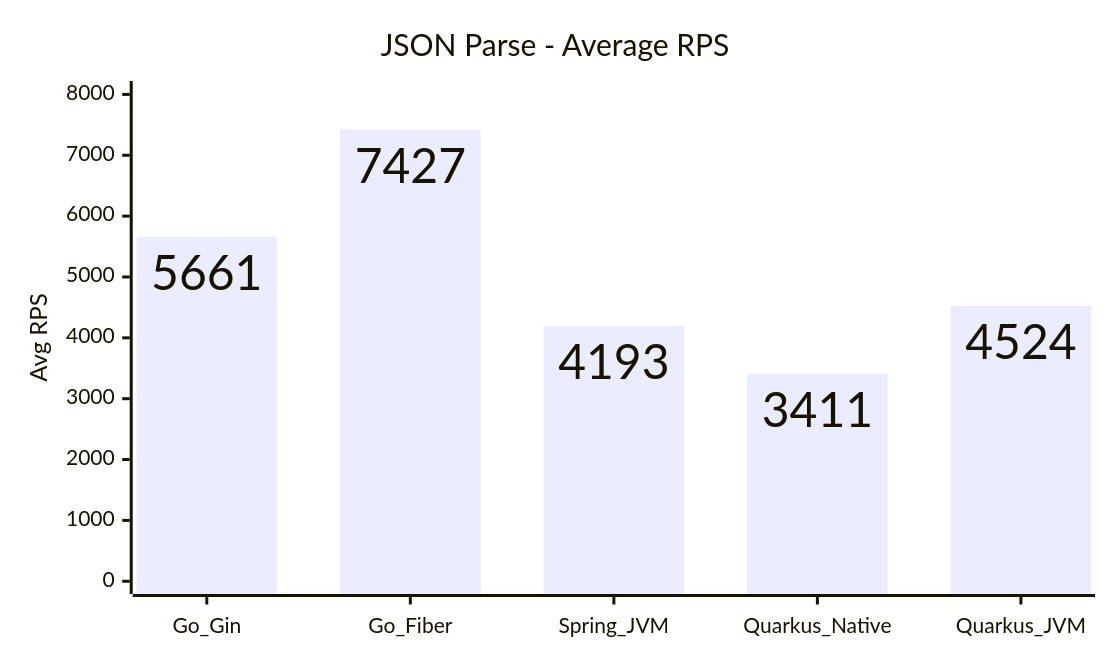
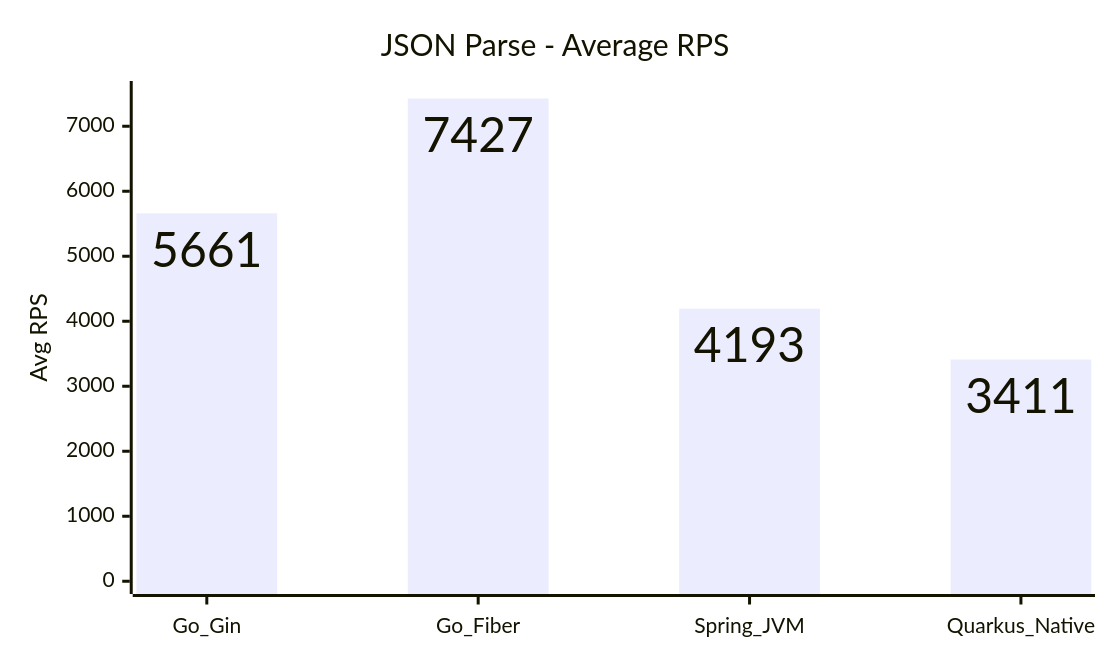
Before and after one commit to hiiamtin/go-vs-java: the seventh of 15 diagrams in COMPARISON_REPORT.md, drawn with Mermaid. The commit also changed other lines of this file and 90 other files, not shown here.

Commit message:
Remove Quarkus JVM variant and refresh benchmark results

````diff
--- a/COMPARISON_REPORT.md
+++ b/COMPARISON_REPORT.md
@@ -140,14 +144,14 @@
 ```mermaid
 ---
 config:
   xyChart:
     width: 720
     height: 420
     showDataLabel: true
 ---
 xychart
     title "JSON Parse - Average RPS"
-    x-axis [Go_Gin, Go_Fiber, Spring_JVM, Quarkus_Native, Quarkus_JVM]
-    y-axis "Avg RPS" 0 --> 8011
-    bar [5661, 7427, 4193, 3411, 4524]
+    x-axis [Go_Gin, Go_Fiber, Spring_JVM, Quarkus_Native]
+    y-axis "Avg RPS" 0 --> 7500
+    bar [5661, 7427, 4193, 3411]
 ```
````
